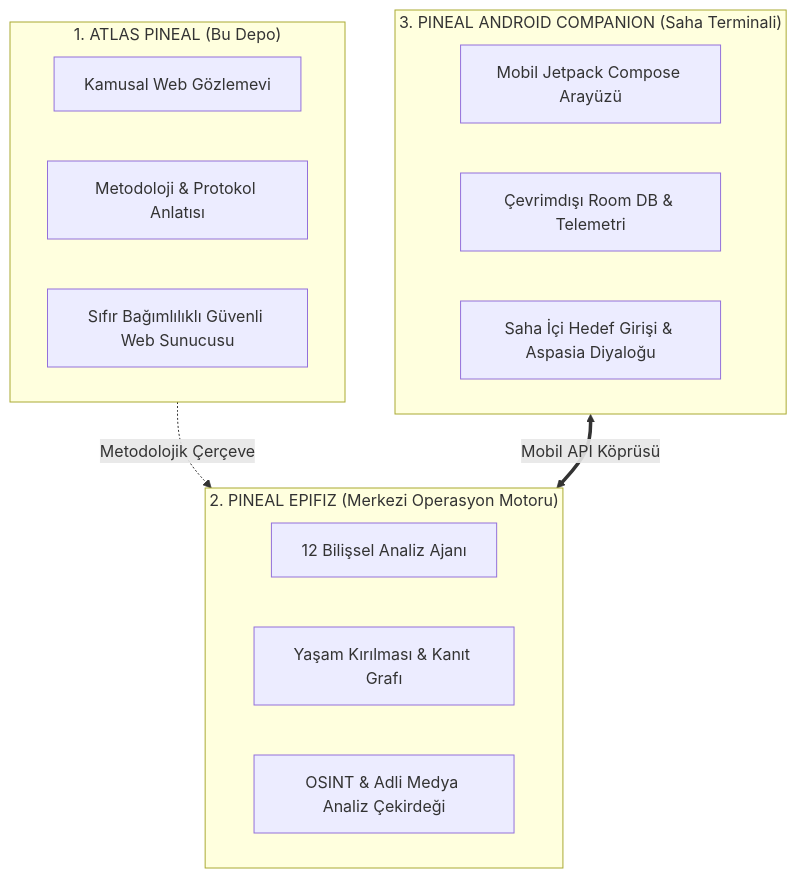
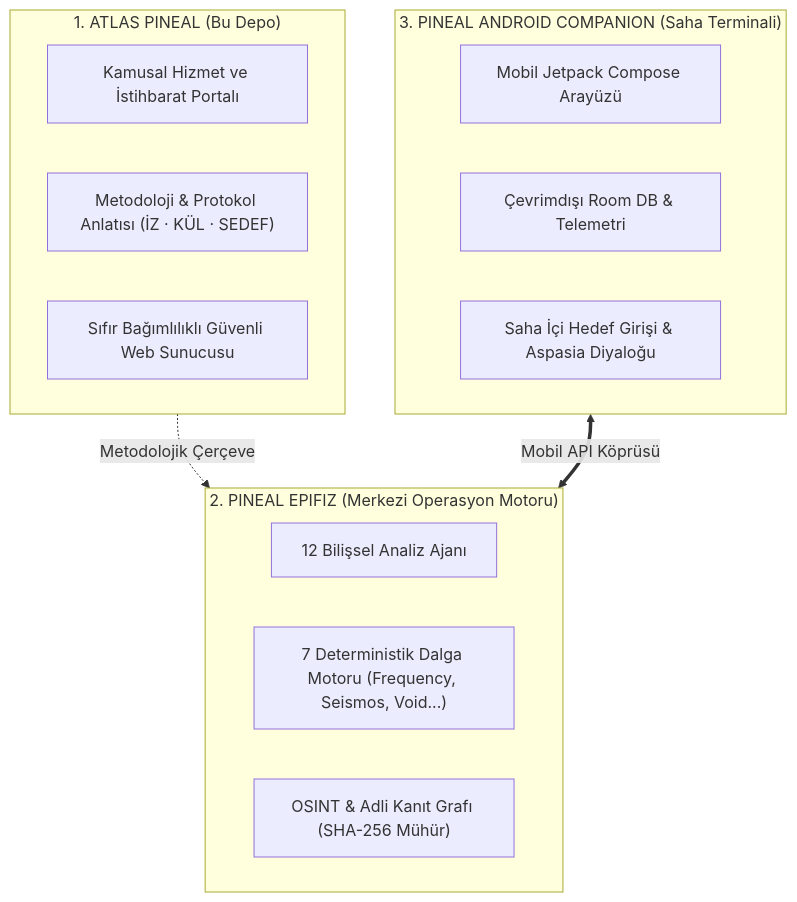
Before and after one commit to AppleCurse/Atlas-Pineal: the diagram in README.md, drawn with Mermaid. The commit also changed other lines of this file and 2 other files, not shown here.

Commit message:
feat: Atlas Pineal sade vitrin, 4 hizmet kapisi ve dürüst OSINT manifestosu

````diff
--- a/README.md
+++ b/README.md
@@ -24,23 +25,23 @@
 ```mermaid
 flowchart TD
     subgraph PORTAL["1. ATLAS PINEAL (Bu Depo)"]
-        A1["Kamusal Web Gözlemevi"]
-        A2["Metodoloji & Protokol Anlatısı"]
+        A1["Kamusal Hizmet ve İstihbarat Portalı"]
+        A2["Metodoloji & Protokol Anlatısı (İZ · KÜL · SEDEF)"]
         A3["Sıfır Bağımlılıklı Güvenli Web Sunucusu"]
     end
 
     subgraph ENGINE["2. PINEAL EPIFIZ (Merkezi Operasyon Motoru)"]
         E1["12 Bilişsel Analiz Ajanı"]
-        E2["Yaşam Kırılması & Kanıt Grafı"]
-        E3["OSINT & Adli Medya Analiz Çekirdeği"]
+        E2["7 Deterministik Dalga Motoru (Frequency, Seismos, Void...)"]
+        E3["OSINT & Adli Kanıt Grafı (SHA-256 Mühür)"]
     end
 
     subgraph MOBILE["3. PINEAL ANDROID COMPANION (Saha Terminali)"]
         M1["Mobil Jetpack Compose Arayüzü"]
         M2["Çevrimdışı Room DB & Telemetri"]
         M3["Saha İçi Hedef Girişi & Aspasia Diyaloğu"]
     end
 
     PORTAL -.->|"Metodolojik Çerçeve"| ENGINE
     MOBILE <==>|"Mobil API Köprüsü"| ENGINE
 ```
````
